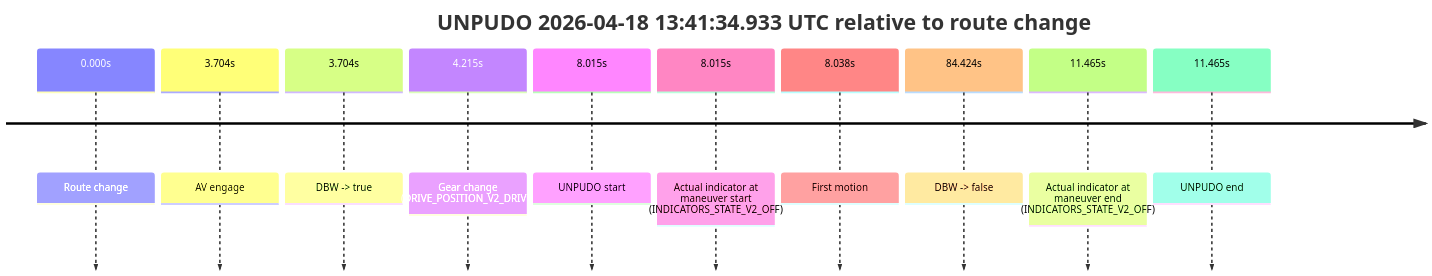
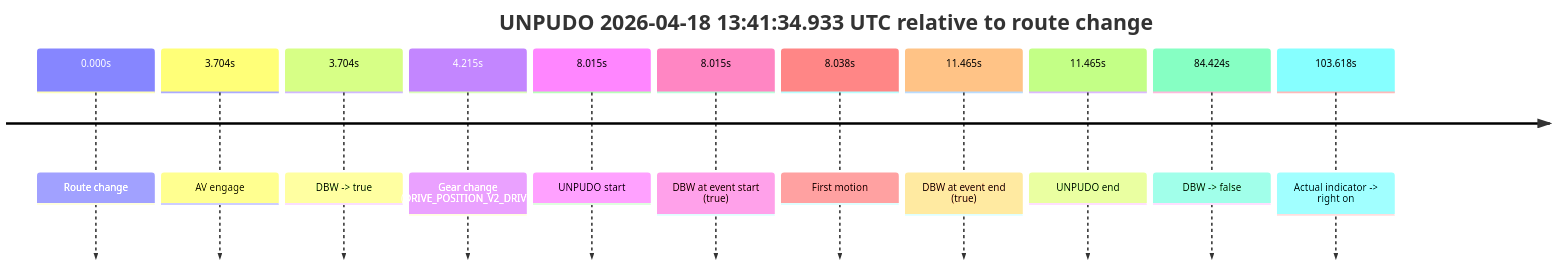
One commit to yoelshapiro/vault changed the first of 2 diagrams in model_analysis/report_cards/2026/04/Week-3/fme20007--2026-04-18--13-23-49--gen2-av-497c6a47-6680-44b9-bbdd-d7bc9002ecb7.md. Above: the diagram before and after it, drawn with Mermaid. The commit also changed other lines of this file and 32 other files, not shown here.

````diff
--- a/model_analysis/report_cards/2026/04/Week-3/fme20007--2026-04-18--13-23-49--gen2-av-497c6a47-6680-44b9-bbdd-d7bc9002ecb7.md
+++ b/model_analysis/report_cards/2026/04/Week-3/fme20007--2026-04-18--13-23-49--gen2-av-497c6a47-6680-44b9-bbdd-d7bc9002ecb7.md
@@ -129,14 +44,15 @@
 ```mermaid
 timeline
     title UNPUDO 2026-04-18 13:41:34.933 UTC relative to route change
     0.000s : Route change
     3.704s : AV engage
     3.704s : DBW -> true
     4.215s : Gear change (DRIVE_POSITION_V2_DRIVE)
     8.015s : UNPUDO start
-    8.015s : Actual indicator at maneuver start (INDICATORS_STATE_V2_OFF)
+    8.015s : DBW at event start (true)
     8.038s : First motion
+    11.465s : DBW at event end (true)
+    11.465s : UNPUDO end
     84.424s : DBW -> false
-    11.465s : Actual indicator at maneuver end (INDICATORS_STATE_V2_OFF)
-    11.465s : UNPUDO end
+    103.618s : Actual indicator -> right on
 ```
````
